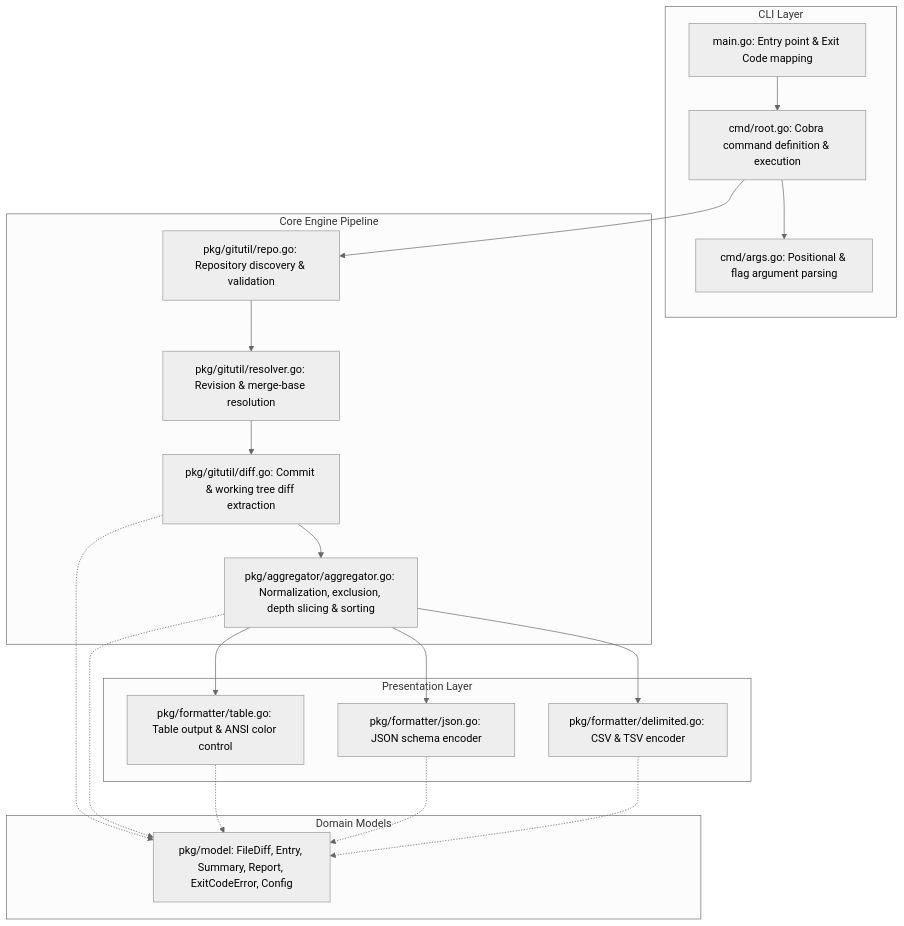
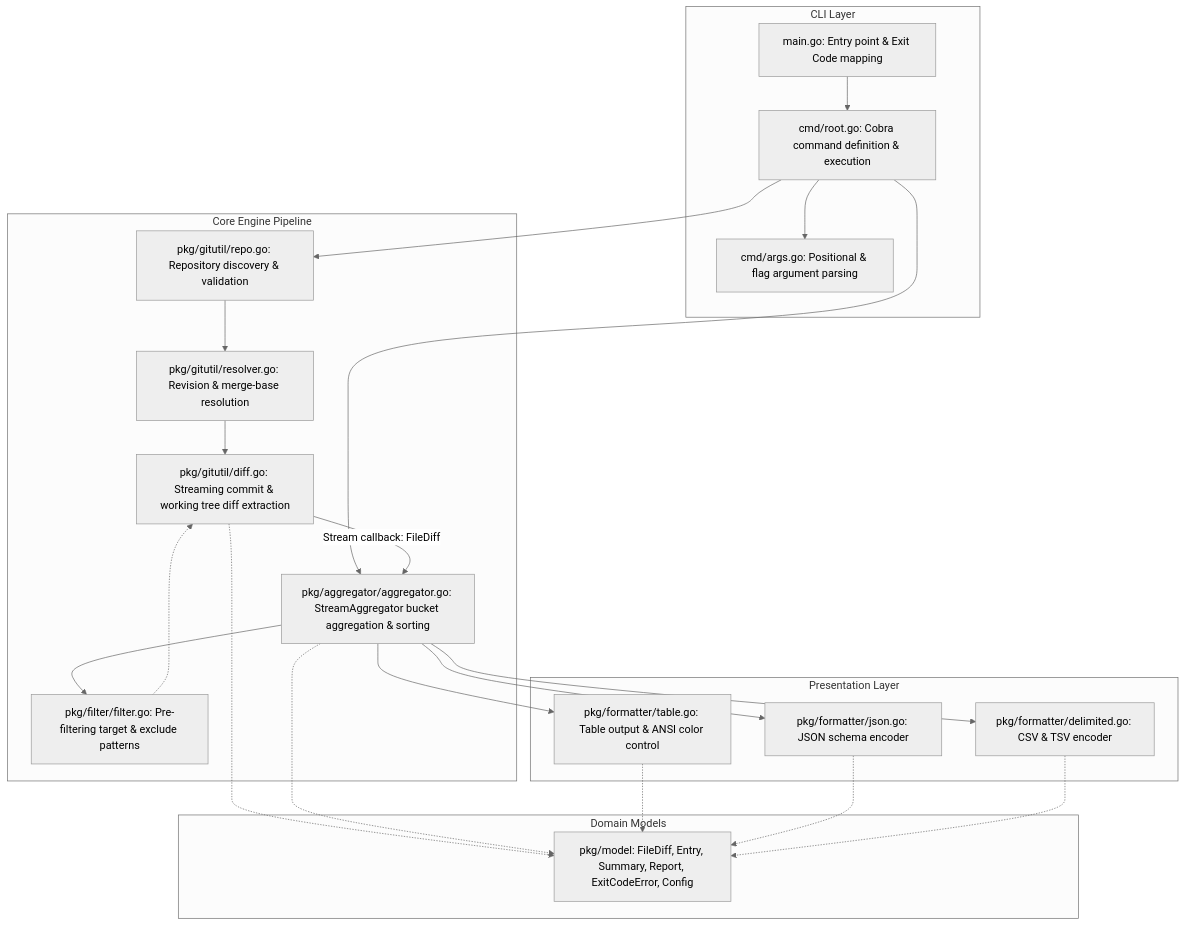
Before and after one commit to sakurahilljp/git-dirstat: the first of 2 diagrams in docs/software-design.md, drawn with Mermaid (neutral theme). The commit also changed other lines of this file and 11 other files, not shown here.

First line of the commit message:
perf: optimize memory usage with streaming diffs and early pre-filtering

````diff
--- a/docs/software-design.md
+++ b/docs/software-design.md
@@ -21,41 +21,45 @@
 ```mermaid
 flowchart TD
     subgraph CLI Layer
         Main[main.go: Entry point & Exit Code mapping]
         CmdRoot[cmd/root.go: Cobra command definition & execution]
         CmdArgs[cmd/args.go: Positional & flag argument parsing]
     end
 
     subgraph Core Engine Pipeline
         GitRepo[pkg/gitutil/repo.go: Repository discovery & validation]
         GitResolve[pkg/gitutil/resolver.go: Revision & merge-base resolution]
-        GitDiff[pkg/gitutil/diff.go: Commit & working tree diff extraction]
-        Aggregator[pkg/aggregator/aggregator.go: Normalization, exclusion, depth slicing & sorting]
+        PathFilter[pkg/filter/filter.go: Pre-filtering target & exclude patterns]
+        GitDiff[pkg/gitutil/diff.go: Streaming commit & working tree diff extraction]
+        Aggregator[pkg/aggregator/aggregator.go: StreamAggregator bucket aggregation & sorting]
     end
 
     subgraph Presentation Layer
         FmtTable[pkg/formatter/table.go: Table output & ANSI color control]
         FmtJSON[pkg/formatter/json.go: JSON schema encoder]
         FmtDelimited[pkg/formatter/delimited.go: CSV & TSV encoder]
     end
 
     subgraph Domain Models
         Model[pkg/model: FileDiff, Entry, Summary, Report, ExitCodeError, Config]
     end
 
     Main --> CmdRoot
     CmdRoot --> CmdArgs
     CmdRoot --> GitRepo
     GitRepo --> GitResolve
+    CmdRoot --> Aggregator
+    Aggregator --> PathFilter
+    PathFilter -.-> GitDiff
     GitResolve --> GitDiff
-    GitDiff --> Aggregator
+    GitDiff -->|Stream callback: FileDiff| Aggregator
     Aggregator --> FmtTable
     Aggregator --> FmtJSON
     Aggregator --> FmtDelimited
 
     GitDiff -.-> Model
     Aggregator -.-> Model
     FmtTable -.-> Model
     FmtJSON -.-> Model
     FmtDelimited -.-> Model
 ```
````
